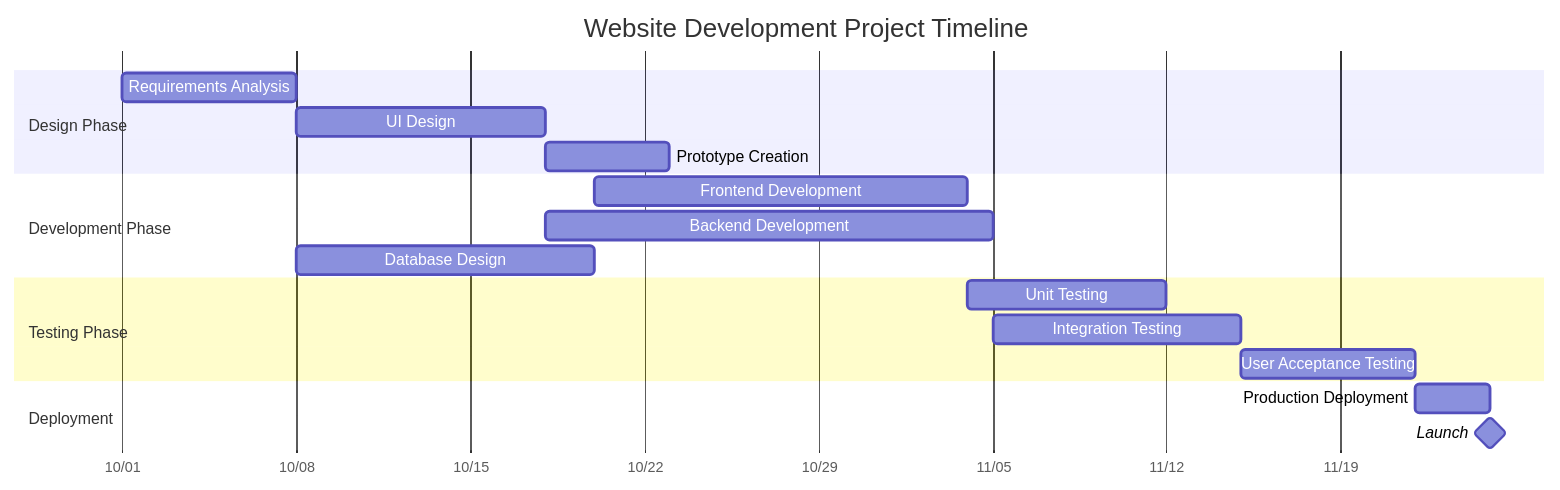
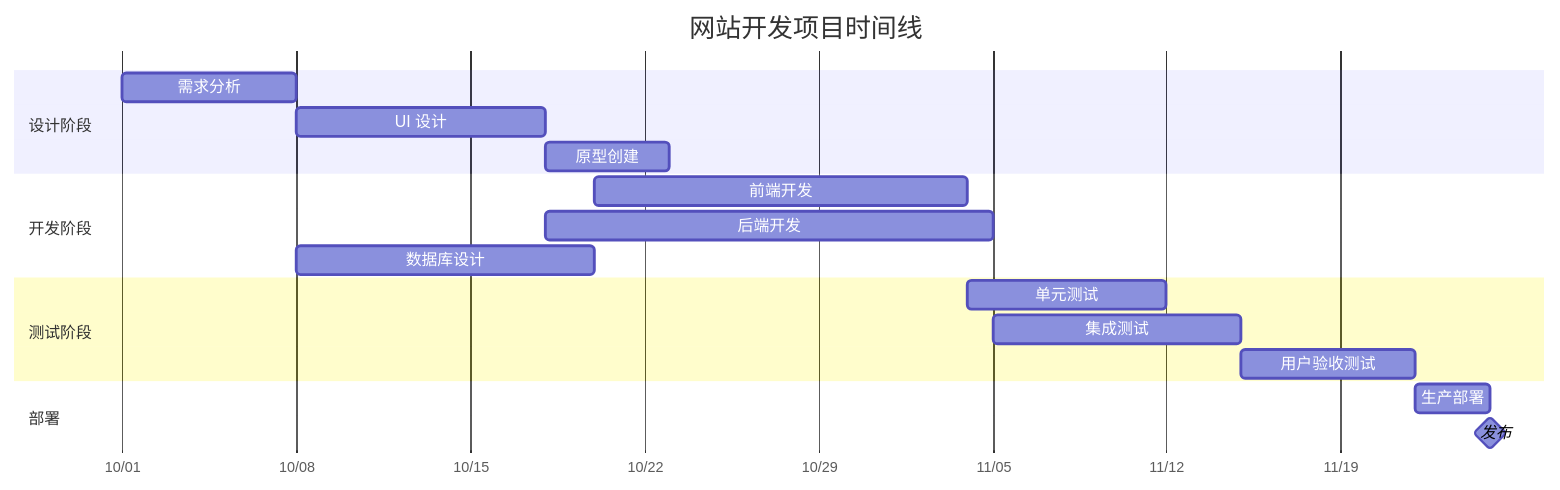
Before and after one commit to DR-RIO/My-Web-Repository: the third of 6 diagrams in src/content/posts/Markdown图表.md, drawn with Mermaid. The commit also changed other lines of this file and 1 other file, not shown here.

````diff
--- a/src/content/posts/Markdown图表.md
+++ b/src/content/posts/Markdown图表.md
@@ -75,25 +74,25 @@
 ```mermaid
 gantt
-    title Website Development Project Timeline
+    title 网站开发项目时间线
     dateFormat  YYYY-MM-DD
     axisFormat  %m/%d
-    
-    section Design Phase
-    Requirements Analysis      :a1, 2023-10-01, 7d
-    UI Design                 :a2, after a1, 10d
-    Prototype Creation        :a3, after a2, 5d
-    
-    section Development Phase
-    Frontend Development      :b1, 2023-10-20, 15d
-    Backend Development       :b2, after a2, 18d
-    Database Design           :b3, after a1, 12d
-    
-    section Testing Phase
-    Unit Testing              :c1, after b1, 8d
-    Integration Testing       :c2, after b2, 10d
-    User Acceptance Testing   :c3, after c2, 7d
-    
-    section Deployment
-    Production Deployment     :d1, after c3, 3d
-    Launch                    :milestone, after d1, 0d
+
+    section 设计阶段
+    需求分析      :a1, 2023-10-01, 7d
+    UI 设计       :a2, after a1, 10d
+    原型创建      :a3, after a2, 5d
+
+    section 开发阶段
+    前端开发      :b1, 2023-10-20, 15d
+    后端开发      :b2, after a2, 18d
+    数据库设计      :b3, after a1, 12d
+
+    section 测试阶段
+    单元测试      :c1, after b1, 8d
+    集成测试      :c2, after b2, 10d
+    用户验收测试      :c3, after c2, 7d
+
+    section 部署
+    生产部署      :d1, after c3, 3d
+    发布      :milestone, after d1, 0d
 ```
````
